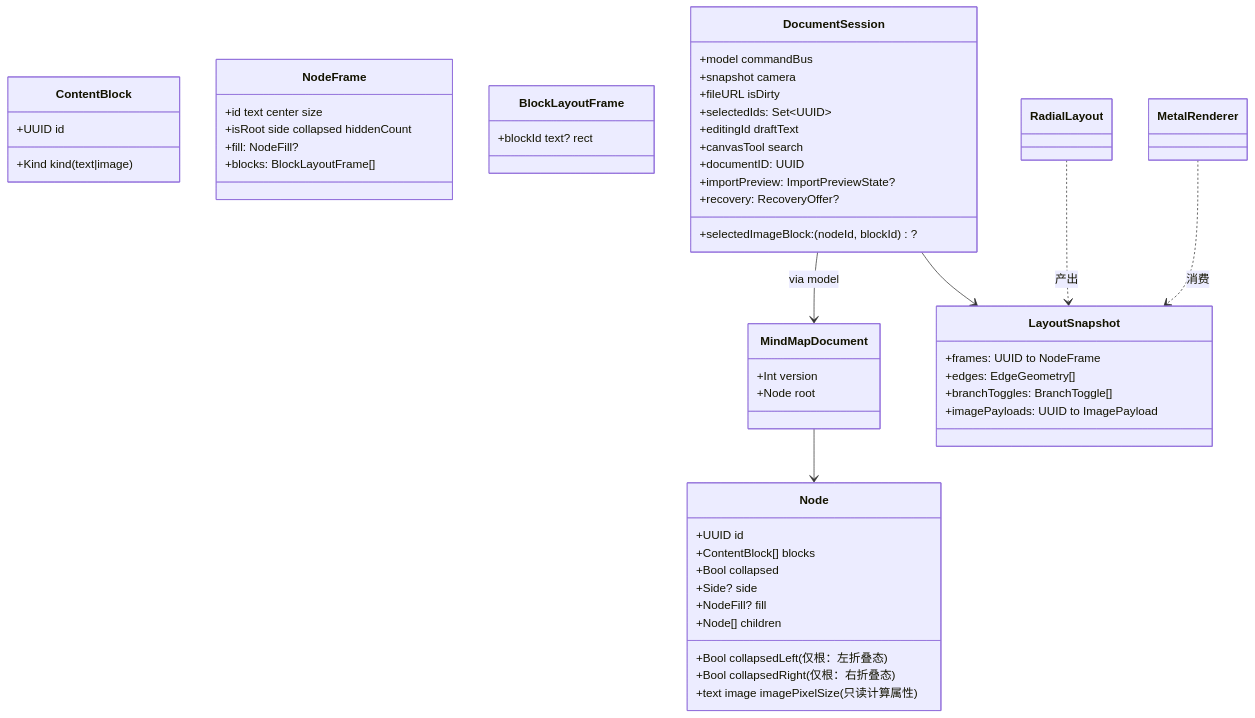
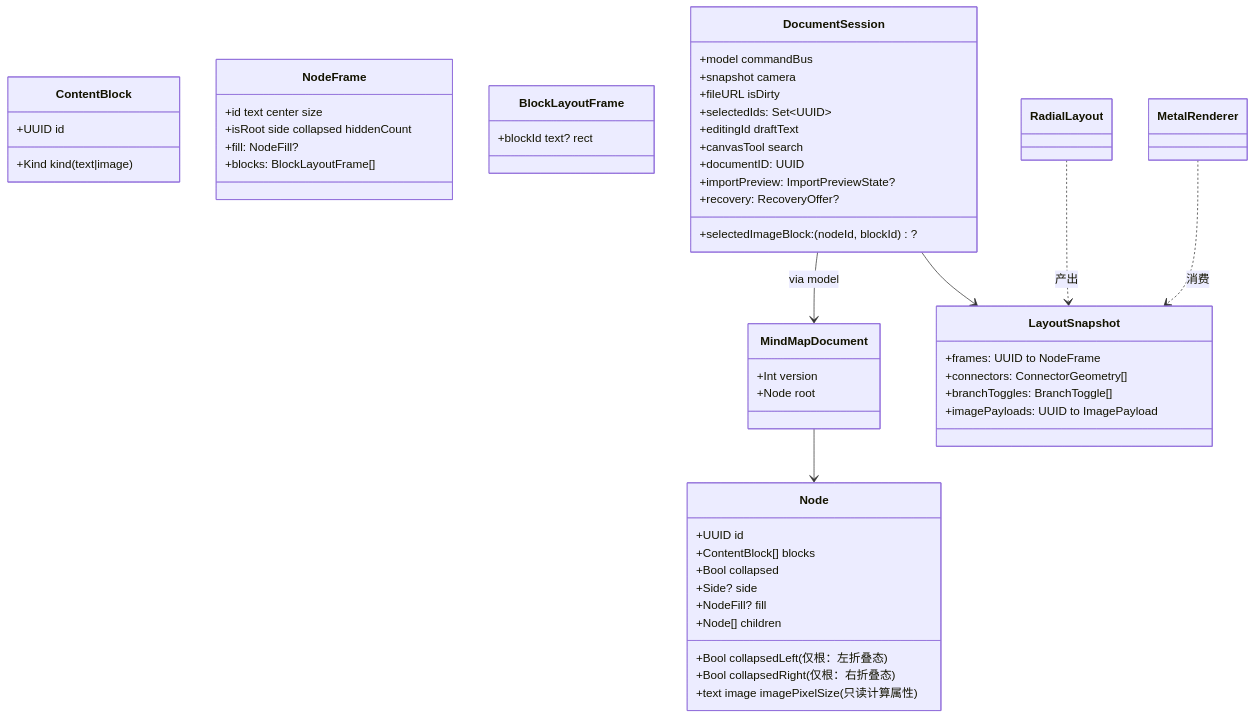
One commit to LieonShelly/Linva changed the fourth of 6 diagrams in docs/架构现状.md. Above: the diagram before and after it, drawn with Mermaid. The commit also changed other lines of this file and 4 other files, not shown here.

Commit message:
docs(edge-style): sync spec/addendum/skill/architecture for ConnectorGeometry + place split + v7 (final-review doc fixes)

````diff
--- a/docs/架构现状.md
+++ b/docs/架构现状.md
@@ -227,54 +227,54 @@
 ```mermaid
 classDiagram
   class MindMapDocument {
     +Int version
     +Node root
   }
   class Node {
     +UUID id
     +ContentBlock[] blocks
     +Bool collapsed
     +Bool collapsedLeft (仅根：左折叠态)
     +Bool collapsedRight (仅根：右折叠态)
     +Side? side
     +NodeFill? fill
     +Node[] children
     +text image imagePixelSize (只读计算属性)
   }
   class ContentBlock {
     +UUID id
     +Kind kind (text|image)
   }
   class LayoutSnapshot {
     +frames: UUID to NodeFrame
-    +edges: EdgeGeometry[]
+    +connectors: ConnectorGeometry[]
     +branchToggles: BranchToggle[]
     +imagePayloads: UUID to ImagePayload
   }
   class NodeFrame {
     +id text center size
     +isRoot side collapsed hiddenCount
     +fill: NodeFill?
     +blocks: BlockLayoutFrame[]
   }
   class BlockLayoutFrame {
     +blockId text? rect
   }
   class DocumentSession {
     +model commandBus
     +snapshot camera
     +fileURL isDirty
     +selectedIds: Set~UUID~
     +editingId draftText
     +selectedImageBlock: (nodeId, blockId)?
     +canvasTool search
     +documentID: UUID
     +importPreview: ImportPreviewState?
     +recovery: RecoveryOffer?
   }
   MindMapDocument --> Node
   DocumentSession --> MindMapDocument : via model
   DocumentSession --> LayoutSnapshot
   RadialLayout ..> LayoutSnapshot : 产出
   MetalRenderer ..> LayoutSnapshot : 消费
 ```
````
